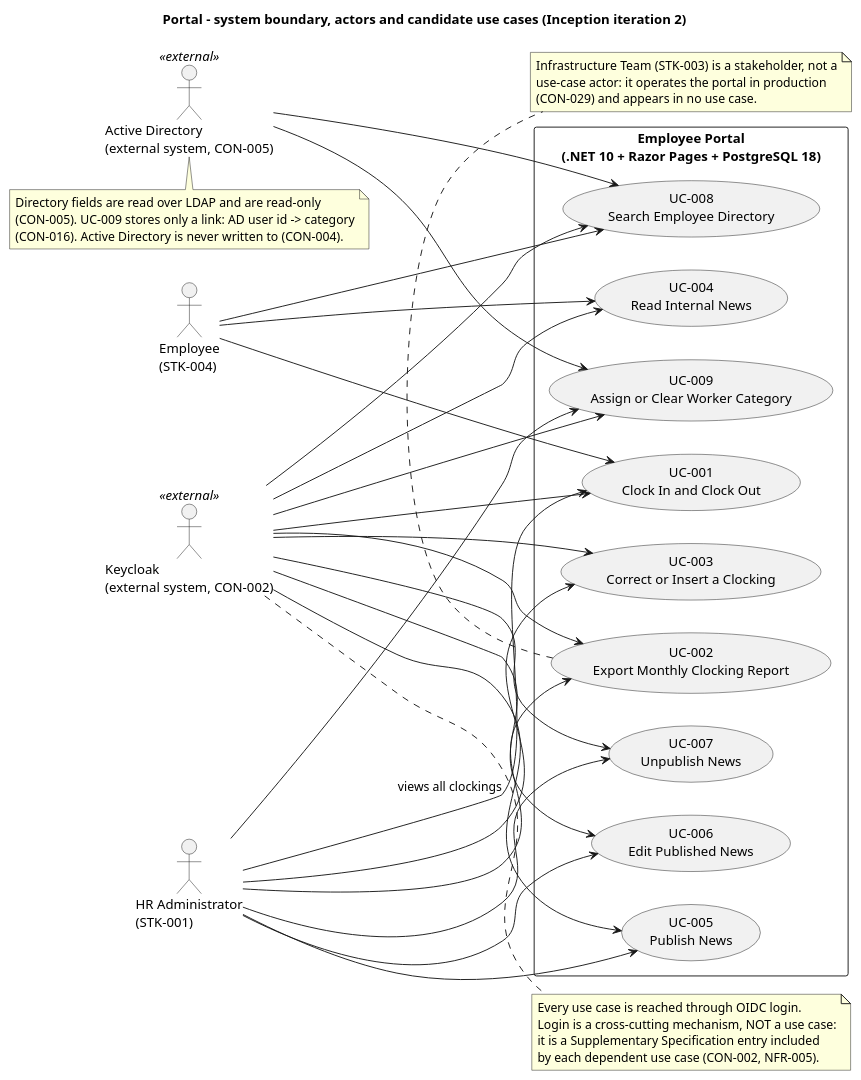
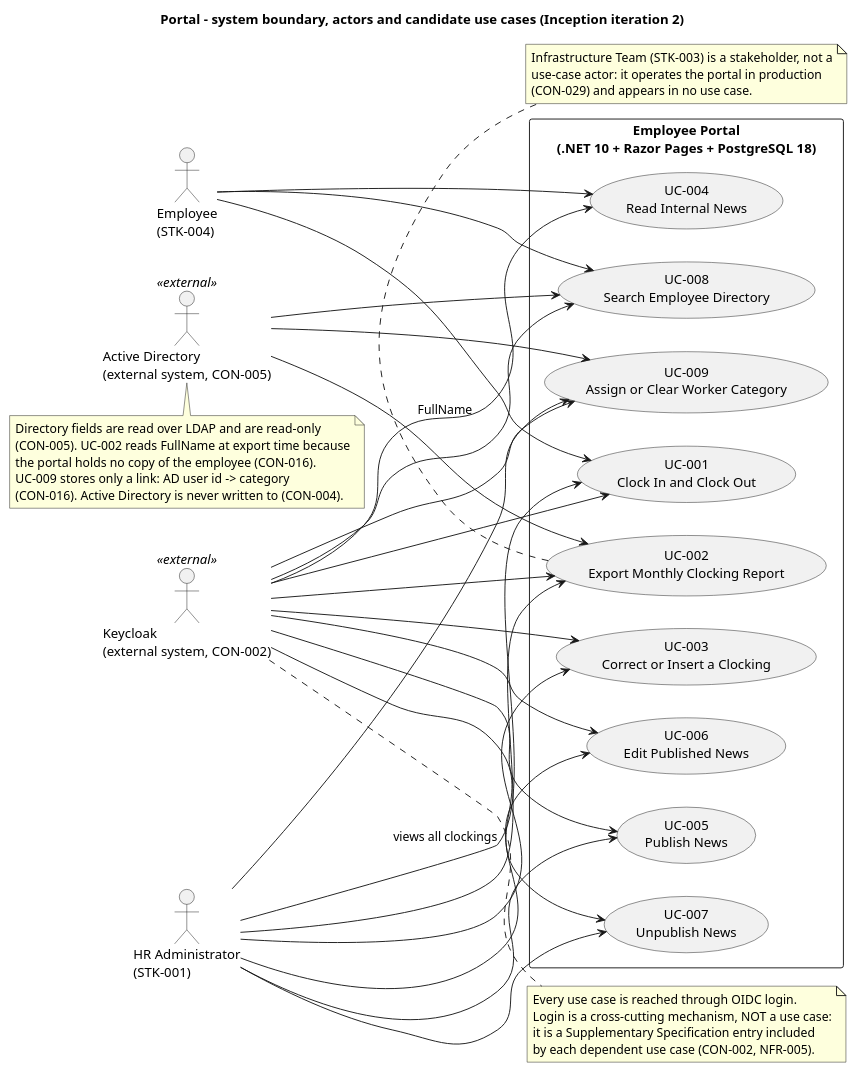
One commit to banense-test/portal changed the diagram in docs/artifacts/requirements/vision.md. Above: the diagram before and after it, drawn with PlantUML.

Commit message:
System Analyst [I2]: upsert Vision
[skip ci]

````diff
--- a/docs/artifacts/requirements/vision.md
+++ b/docs/artifacts/requirements/vision.md
@@ -45,65 +45,68 @@
 ```plantuml
 @startuml Portal_Vision_UC
 title Portal - system boundary, actors and candidate use cases (Inception iteration 2)
 left to right direction
 skinparam packageStyle rectangle
 
 actor "Employee\n(STK-004)" as EMP
 actor "HR Administrator\n(STK-001)" as HR
 actor "Keycloak\n(external system, CON-002)" as KC <<external>>
 actor "Active Directory\n(external system, CON-005)" as AD <<external>>
 
 rectangle "Employee Portal\n(.NET 10 + Razor Pages + PostgreSQL 18)" {
   usecase "UC-001\nClock In and Clock Out" as UC001
   usecase "UC-002\nExport Monthly Clocking Report" as UC002
   usecase "UC-003\nCorrect or Insert a Clocking" as UC003
   usecase "UC-004\nRead Internal News" as UC004
   usecase "UC-005\nPublish News" as UC005
   usecase "UC-006\nEdit Published News" as UC006
   usecase "UC-007\nUnpublish News" as UC007
   usecase "UC-008\nSearch Employee Directory" as UC008
   usecase "UC-009\nAssign or Clear Worker Category" as UC009
 }
 
 EMP --> UC001
 EMP --> UC004
 EMP --> UC008
 HR --> UC002
 HR --> UC003
 HR --> UC005
 HR --> UC006
 HR --> UC007
 HR --> UC009
 HR --> UC001 : views all clockings
 KC --> UC001
 KC --> UC002
 KC --> UC003
 KC --> UC004
 KC --> UC005
 KC --> UC006
 KC --> UC007
 KC --> UC008
 KC --> UC009
+AD --> UC002 : FullName
 AD --> UC008
 AD --> UC009
 
 note right of KC
   Every use case is reached through OIDC login.
   Login is a cross-cutting mechanism, NOT a use case:
   it is a Supplementary Specification entry included
   by each dependent use case (CON-002, NFR-005).
 end note
 
 note bottom of AD
   Directory fields are read over LDAP and are read-only
-  (CON-005). UC-009 stores only a link: AD user id -> category
+  (CON-005). UC-002 reads FullName at export time because
+  the portal holds no copy of the employee (CON-016).
+  UC-009 stores only a link: AD user id -> category
   (CON-016). Active Directory is never written to (CON-004).
 end note
 
 note bottom of UC002
   Infrastructure Team (STK-003) is a stakeholder, not a
   use-case actor: it operates the portal in production
   (CON-029) and appears in no use case.
 end note
 @enduml
 ```
````
